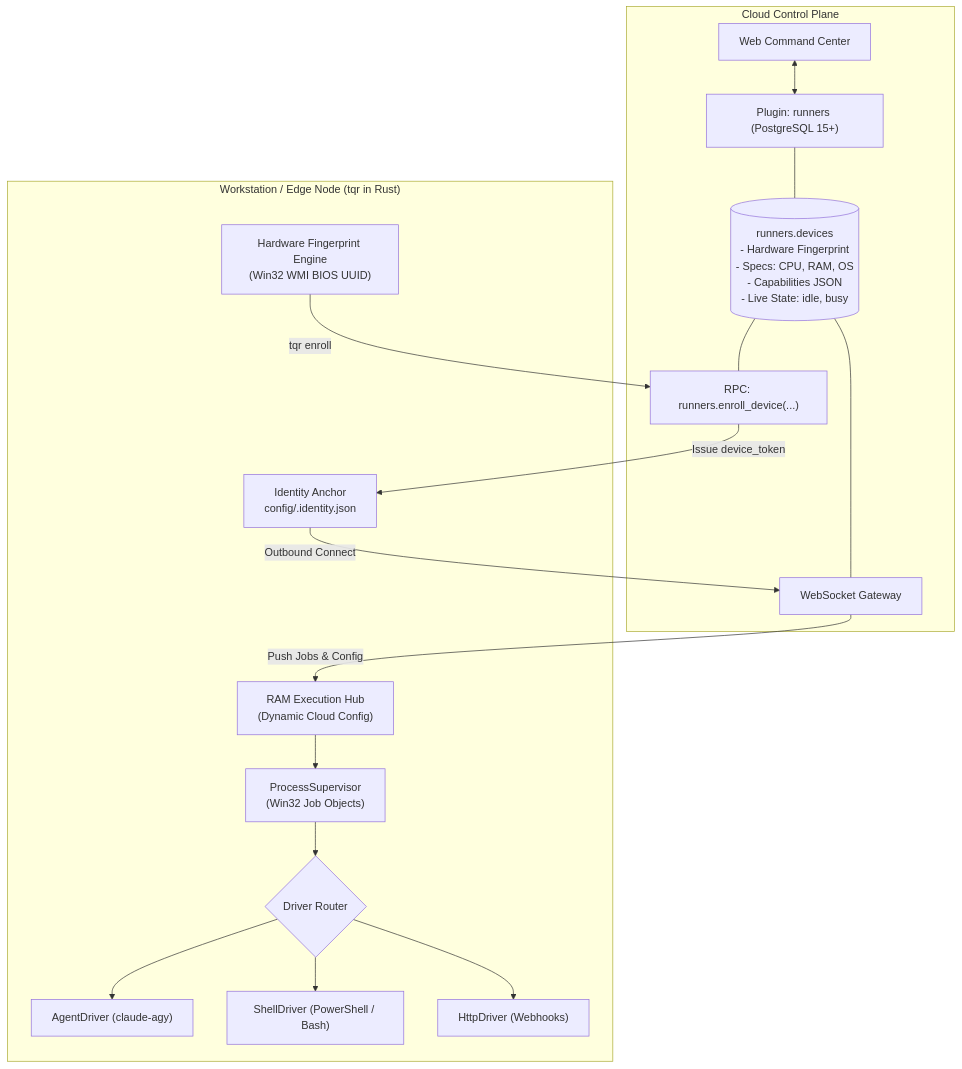
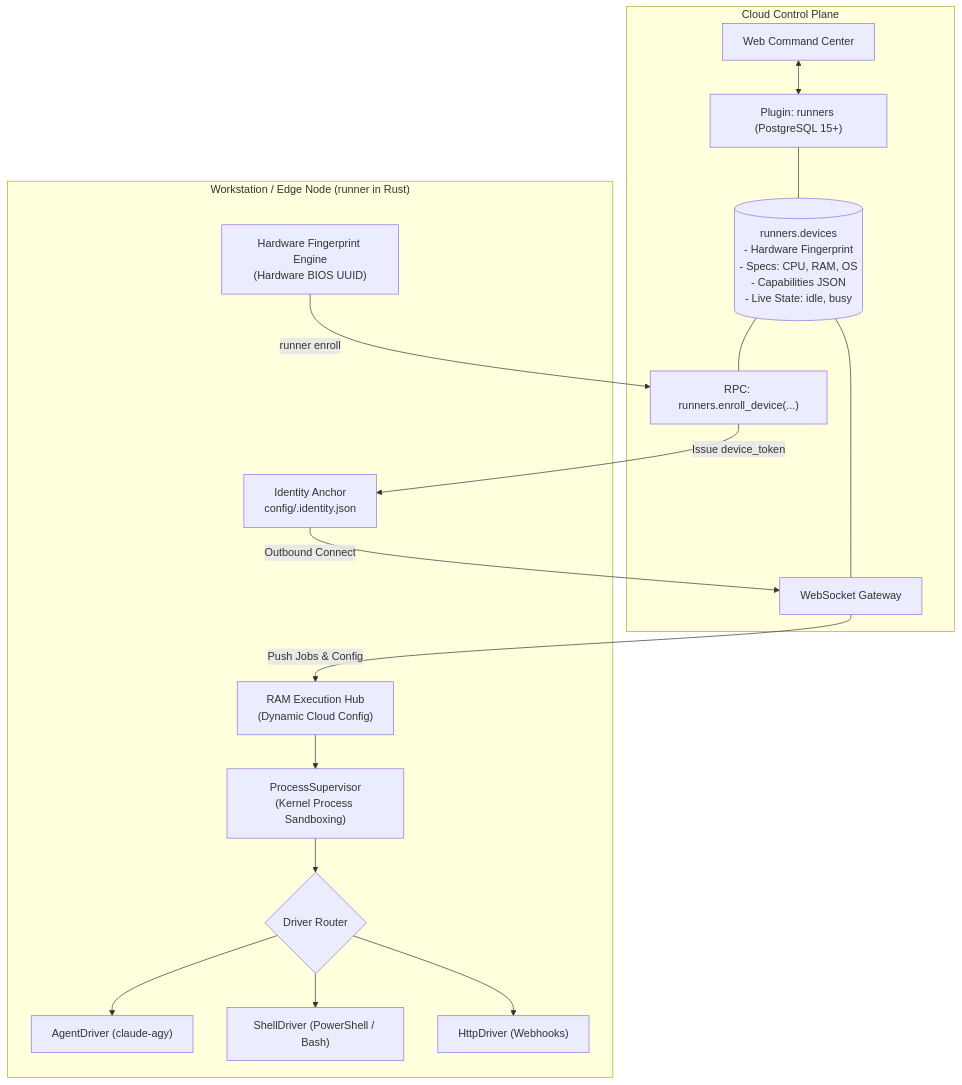
Before and after one commit to tuquet/runner: the diagram in README.md, drawn with Mermaid. The commit also changed other lines of this file and 8 other files, not shown here.

````diff
--- a/README.md
+++ b/README.md
@@ -21,33 +21,33 @@
 ```mermaid
 flowchart TD
     subgraph Cloud["Cloud Control Plane"]
         Dashboard["Web Command Center"]
         PluginRunners["Plugin: runners (PostgreSQL 15+)"]
         TableDevices[("runners.devices<br/>- Hardware Fingerprint<br/>- Specs: CPU, RAM, OS<br/>- Capabilities JSON<br/>- Live State: idle, busy")]
         RpcEnroll["RPC: runners.enroll_device(...)"]
         WSGateway["WebSocket Gateway"]
         
         Dashboard <--> PluginRunners
         PluginRunners --- TableDevices
         TableDevices --- RpcEnroll
         TableDevices --- WSGateway
     end
 
-    subgraph Node["Workstation / Edge Node (tqr in Rust)"]
-        FP["Hardware Fingerprint Engine<br/>(Win32 WMI BIOS UUID)"]
+    subgraph Node["Workstation / Edge Node (runner in Rust)"]
+        FP["Hardware Fingerprint Engine<br/>(Hardware BIOS UUID)"]
         Identity["Identity Anchor<br/>config/.identity.json"]
         RAM["RAM Execution Hub<br/>(Dynamic Cloud Config)"]
-        Supervisor["ProcessSupervisor<br/>(Win32 Job Objects)"]
+        Supervisor["ProcessSupervisor<br/>(Kernel Process Sandboxing)"]
         Drivers{"Driver Router"}
         
-        FP -->|tqr enroll| RpcEnroll
+        FP -->|runner enroll| RpcEnroll
         RpcEnroll -->|Issue device_token| Identity
         Identity -->|Outbound Connect| WSGateway
         WSGateway -->|Push Jobs & Config| RAM
         RAM --> Supervisor
         Supervisor --> Drivers
         Drivers --> Agent["AgentDriver (claude-agy)"]
         Drivers --> Shell["ShellDriver (PowerShell / Bash)"]
         Drivers --> Http["HttpDriver (Webhooks)"]
     end
 ```
````
